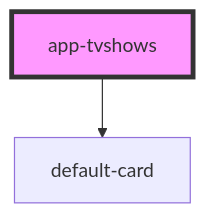
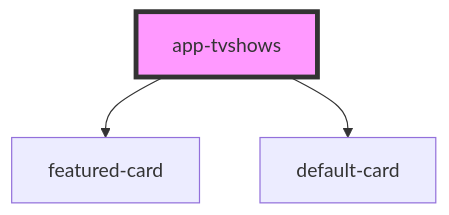
One commit to upstroke/tmdb-stencil-frontend changed the diagram in src/components/pages/app-tvshows/readme.md. Above: the diagram before and after it, drawn with Mermaid. The commit also changed other lines of this file and 13 other files, not shown here.

````diff
--- a/src/components/pages/app-tvshows/readme.md
+++ b/src/components/pages/app-tvshows/readme.md
@@ -15,5 +16,6 @@
 ```mermaid
 graph TD;
+  app-tvshows --> featured-card
   app-tvshows --> default-card
   style app-tvshows fill:#f9f,stroke:#333,stroke-width:4px
 ```
````
